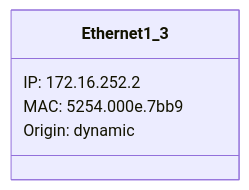
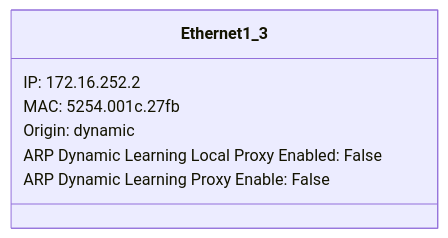
The first of 9 diagrams in Examples/NXOS/dist-sw01 arp class.md (automateyournetwork/pyYAHTS), drawn with Mermaid before and after one commit. The commit also changed other lines of this file and 36 other files, not shown here.

````diff
--- a/Examples/NXOS/dist-sw01 arp class.md
+++ b/Examples/NXOS/dist-sw01 arp class.md
@@ -2,8 +2,10 @@
 ```mermaid
 classDiagram
 class Ethernet1_3{
 IP: 172.16.252.2
-MAC: 5254.000e.7bb9
+MAC: 5254.001c.27fb
 Origin: dynamic
+ARP Dynamic Learning Local Proxy Enabled: False
+ARP Dynamic Learning Proxy Enable: False
 }
 ```
````
